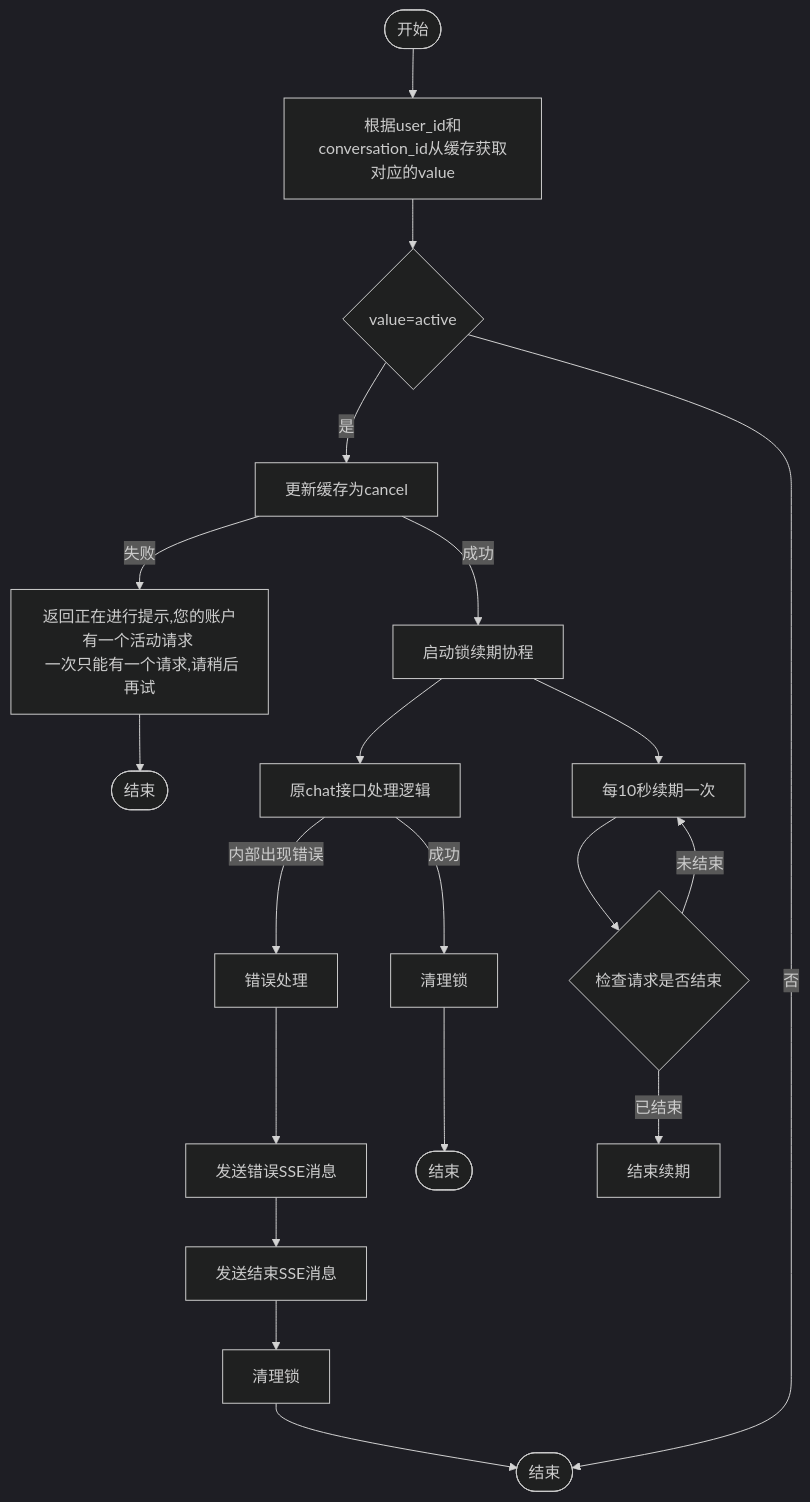
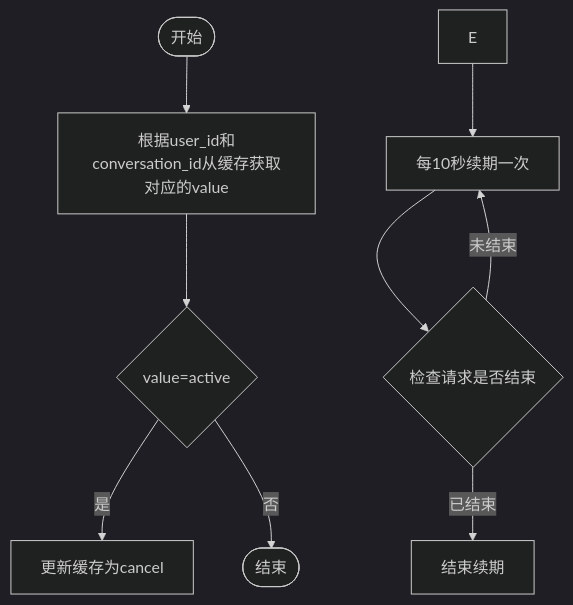
The diagram in all/未命名-20.md (yingjianzh/iodraw-files), drawn with Mermaid (dark theme) before and after one commit.

Commit message:
2025-02-05 16:24:02 update

````diff
--- a/all/未命名-20.md
+++ b/all/未命名-20.md
@@ -1,31 +1,17 @@
 ```mermaid
 flowchart TD
     Start([开始]) --> A[根据user_id和conversation_id从缓存获取对应的value]
     A --> B{value=active}
     B --> |是| C[更新缓存为cancel]
     B --> |否| End2([结束])
     
-    C -->|失败| D[返回正在进行提示,您的账户有一个活动请求 \n 一次只能有一个请求,请稍后再试]
-    D --> End1([结束])
     
-    C -->|成功| E[启动锁续期协程]
-    E --> F[原chat接口处理逻辑]
     
-    F -->|内部出现错误| G[错误处理]
-     %% 正常结束流程
-    F -->|成功| N[清理锁]
-    N --> End3([结束])
-    
-    %% 错误处理流程
-    G --> K[发送错误SSE消息]
-    K --> L[发送结束SSE消息]
-    L --> M[清理锁]
-    M --> End2([结束])
     
     %% 锁续期协程
     E --> O[每10秒续期一次]
     O --> P{检查请求是否结束}
     P -->|未结束| O
     P -->|已结束| Q[结束续期]
 
 ```
````
